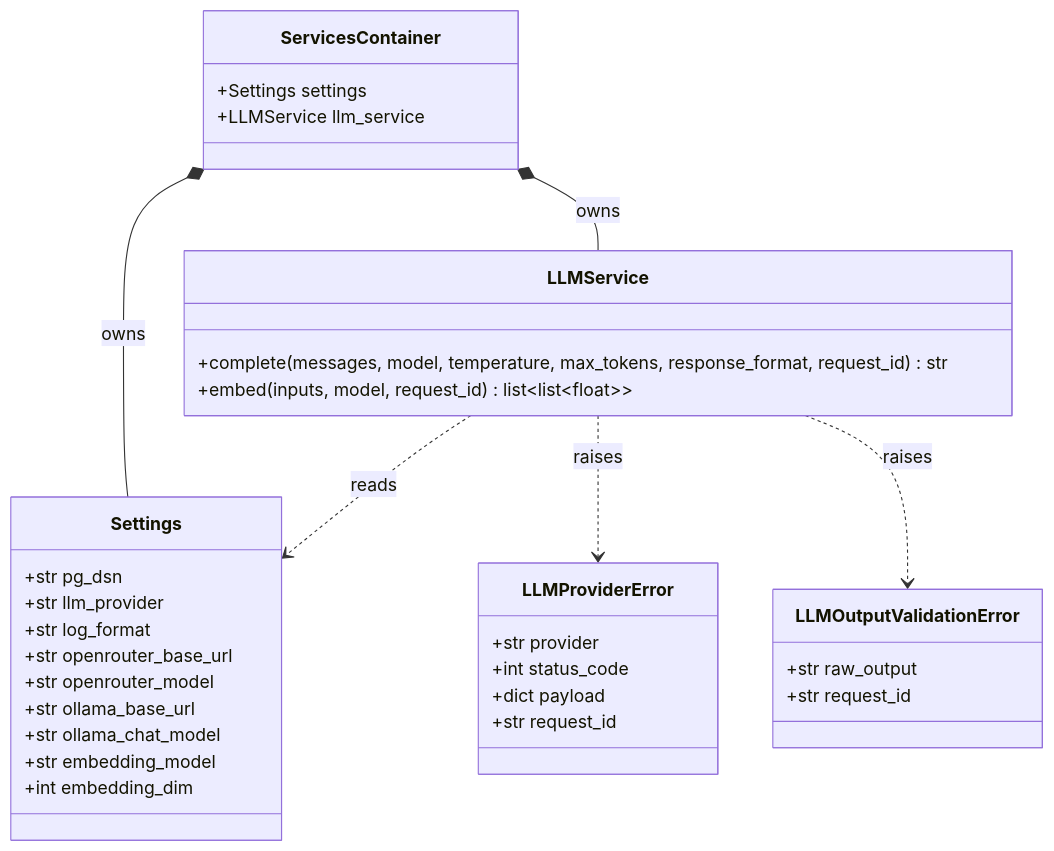
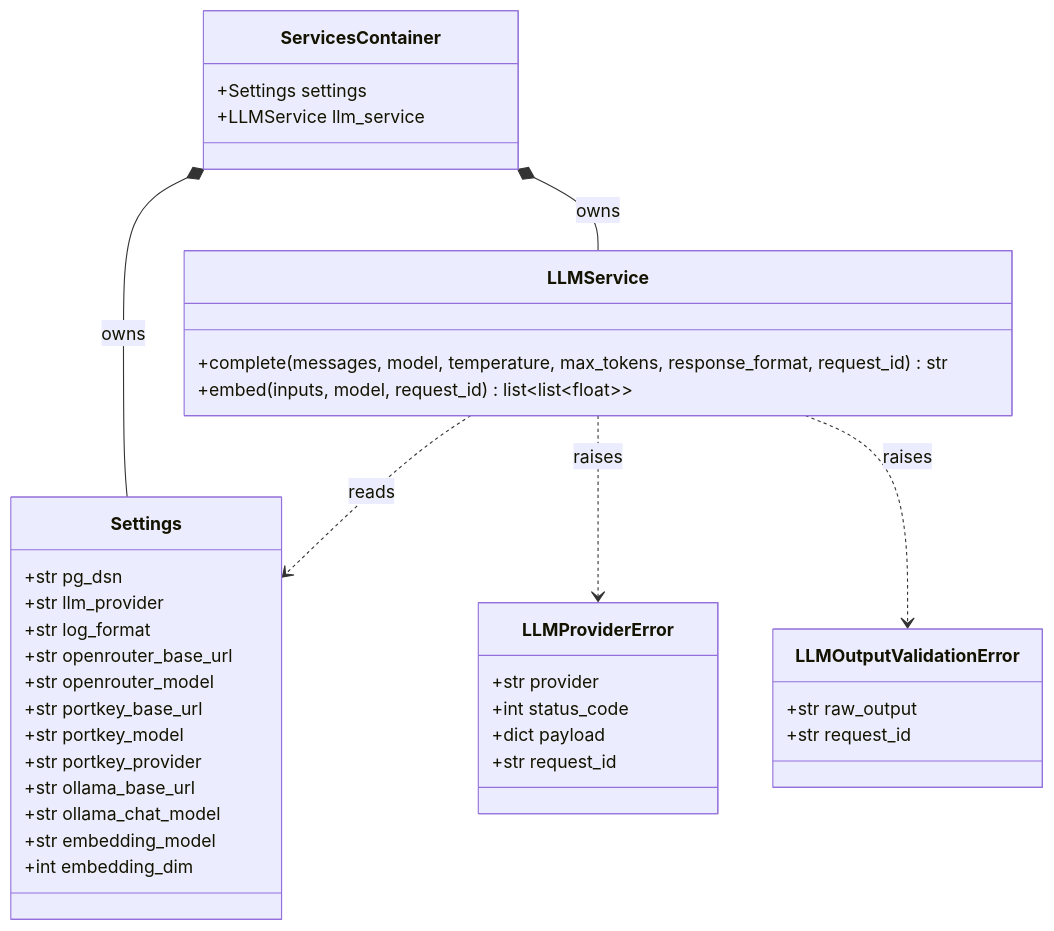
One commit to Zeyu-Leo/financial-agent-spdd changed the diagram in .spdd_specs/tasks/Task_1_Foundations.trainee.md. Above: the diagram before and after it, drawn with Mermaid. The commit also changed other lines of this file and 9 other files, not shown here.

````diff
--- a/.spdd_specs/tasks/Task_1_Foundations.trainee.md
+++ b/.spdd_specs/tasks/Task_1_Foundations.trainee.md
@@ -161,42 +170,45 @@
 ```mermaid
 classDiagram
    class Settings {
       +str pg_dsn
       +str llm_provider
       +str log_format
       +str openrouter_base_url
       +str openrouter_model
+      +str portkey_base_url
+      +str portkey_model
+      +str portkey_provider
       +str ollama_base_url
       +str ollama_chat_model
       +str embedding_model
       +int embedding_dim
    }
 
    class LLMService {
       +complete(messages, model, temperature, max_tokens, response_format, request_id) str
       +embed(inputs, model, request_id) list~list~float~~
    }
 
    class LLMProviderError {
       +str provider
       +int status_code
       +dict payload
       +str request_id
    }
 
    class LLMOutputValidationError {
       +str raw_output
       +str request_id
    }
 
    class ServicesContainer {
       +Settings settings
       +LLMService llm_service
    }
 
    ServicesContainer *-- Settings : owns
    ServicesContainer *-- LLMService : owns
    LLMService ..> Settings : reads
    LLMService ..> LLMProviderError : raises
    LLMService ..> LLMOutputValidationError : raises
 ```
````
